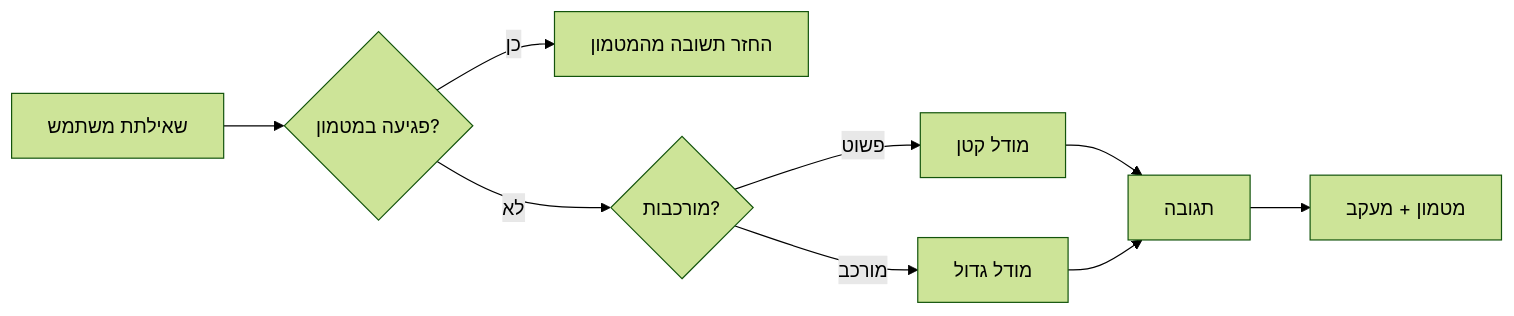
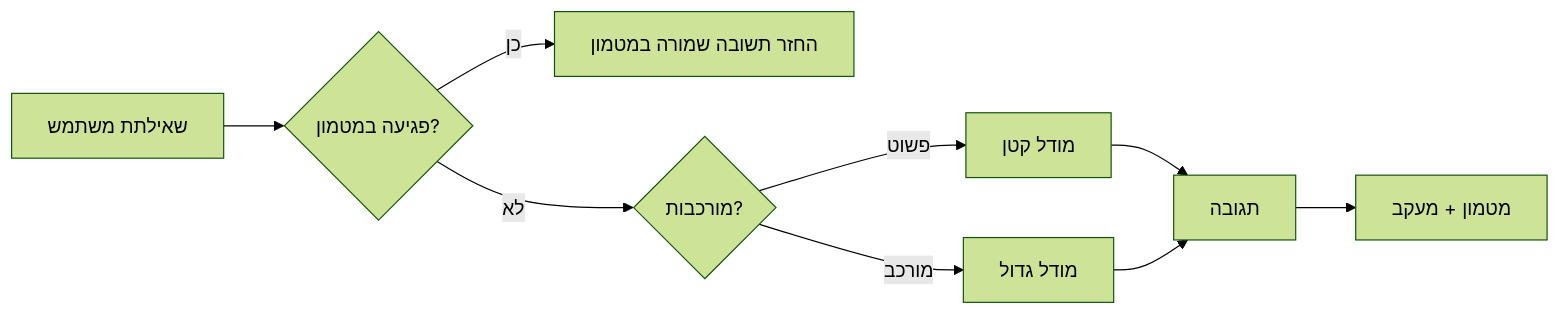
The third of 4 diagrams in mirrors/repos/microsoft@ai-agents-for-beginners/translations/he/16-deploying-scalable-agents/README.md (gabrielmoreira/agent-skills-mirror), drawn with Mermaid (forest theme) before and after one commit. The commit also changed other lines of this file and 3581 other files, not shown here.

````diff
--- a/mirrors/repos/microsoft@ai-agents-for-beginners/translations/he/16-deploying-scalable-agents/README.md
+++ b/mirrors/repos/microsoft@ai-agents-for-beginners/translations/he/16-deploying-scalable-agents/README.md
@@ -134,11 +134,11 @@
 ```mermaid
 flowchart LR
     Q[שאילתת משתמש] --> C{פגיעה במטמון?}
-    C -->|כן| R[החזר תשובה מהמטמון]
+    C -->|כן| R[החזר תשובה שמורה במטמון]
     C -->|לא| Router{מורכבות?}
     Router -->|פשוט| SLM[מודל קטן]
     Router -->|מורכב| LLM[מודל גדול]
     SLM --> Out[תגובה]
     LLM --> Out
     Out --> Store[מטמון + מעקב]
 ```
````
